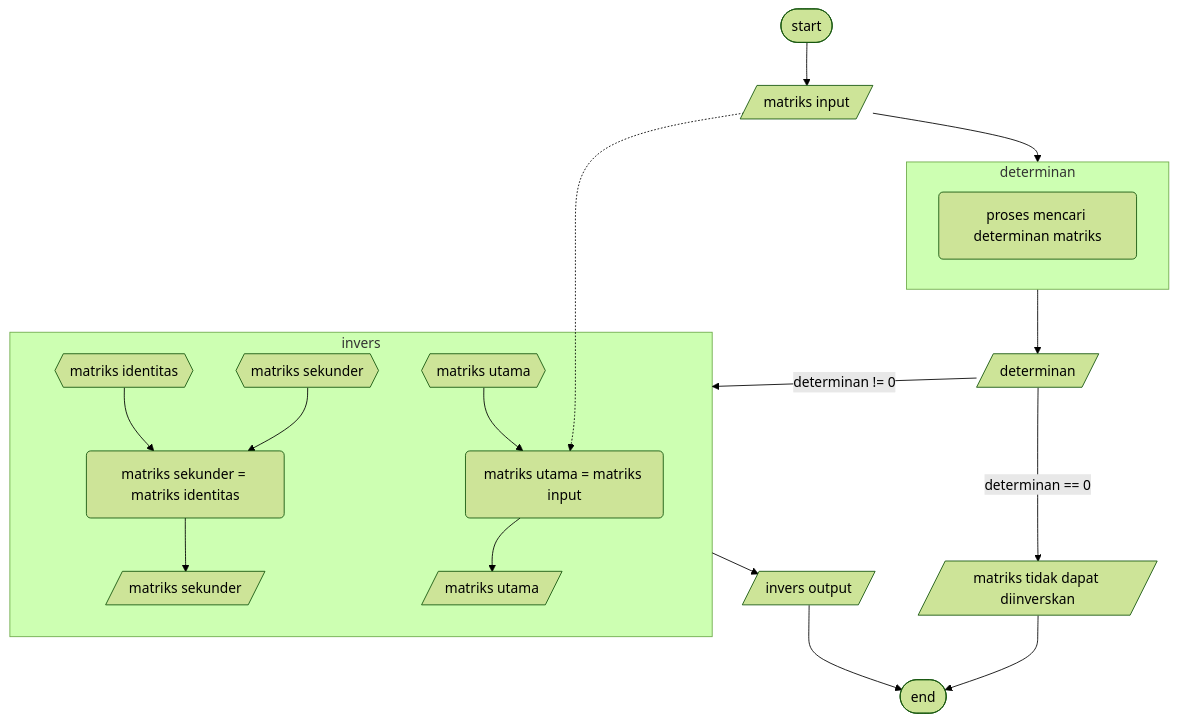
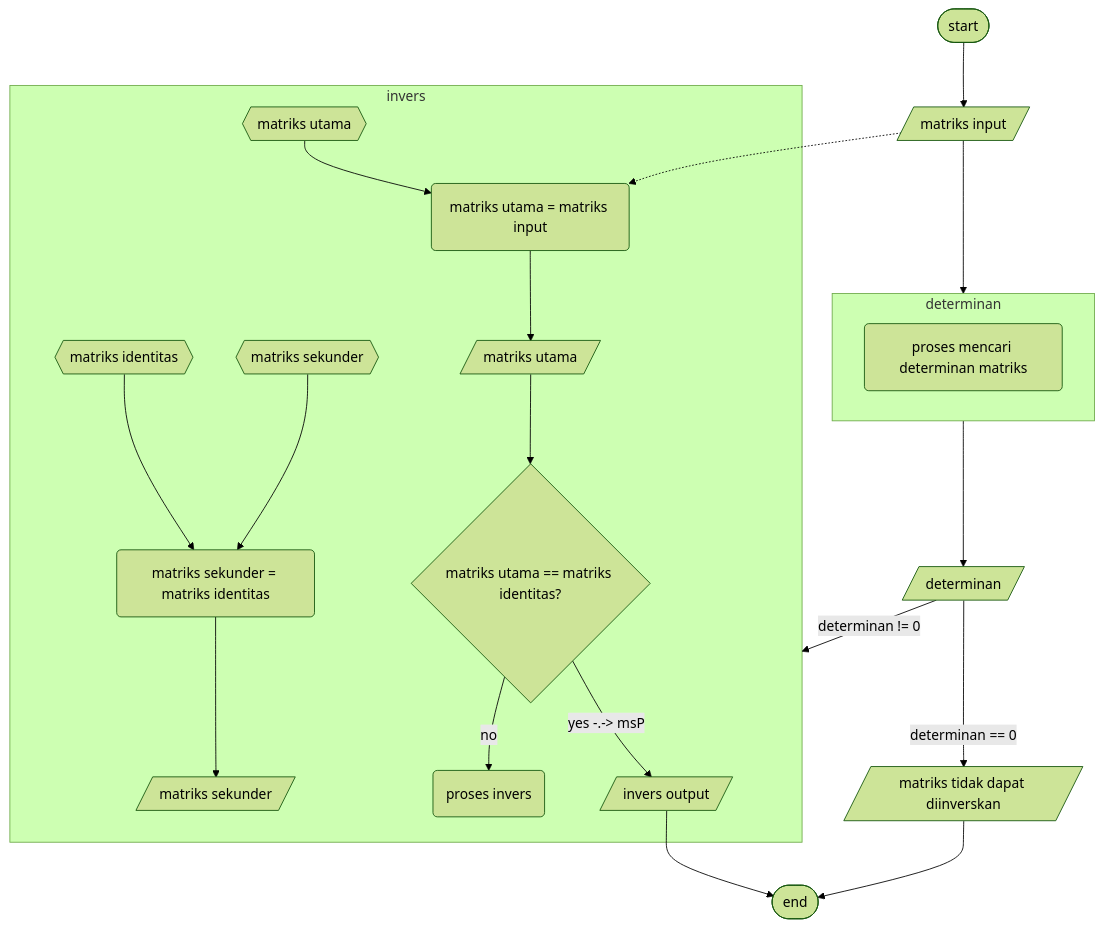
One commit to Kingki19/Invers-matriks-laplace-theorem changed the diagram in README.md. Above: the diagram before and after it, drawn with Mermaid (forest theme). The commit also changed other lines of this file, not shown here.

````diff
--- a/README.md
+++ b/README.md
@@ -16,34 +16,40 @@
 ```mermaid
 flowchart TB
   s([start])
   e([end])
   mi[/matriks input/]
   io[/invers output/]
   d[/determinan/]
   mti[/matriks tidak dapat diinverskan/]
   subgraph determinan
     pd(proses mencari determinan matriks)
   end
   subgraph invers
     mumi(matriks utama = matriks input)
     mid{{matriks identitas}}
-    msA{{matriks sekunder}}
-    muA{{matriks utama}}
+    msAw{{matriks sekunder}}
+    muAw{{matriks utama}}
     msmid(matriks sekunder = matriks identitas)
     
-    muA --> mumi
-    msA --> msmid
+    muAw --> mumi
+    msAw --> msmid
     mid --> msmid
     
     muP[/matriks utama/]
     msP[/matriks sekunder/]
     mumi --> muP
     msmid --> msP
+    
+    muPmid{matriks utama == matriks identitas?}
+    muP --> muPmid
+    muPmid -- yes -.-> msP --> io 
+    muPmid -- no --> pI(proses invers)
   end
   s --> mi
   mi --> determinan
   mi -.-> mumi
-  d --determinan != 0--> invers --> io --> e
+  d --determinan != 0--> invers
   d --determinan == 0--> mti --> e
   determinan --> d
+  io --> e
 ```
````
